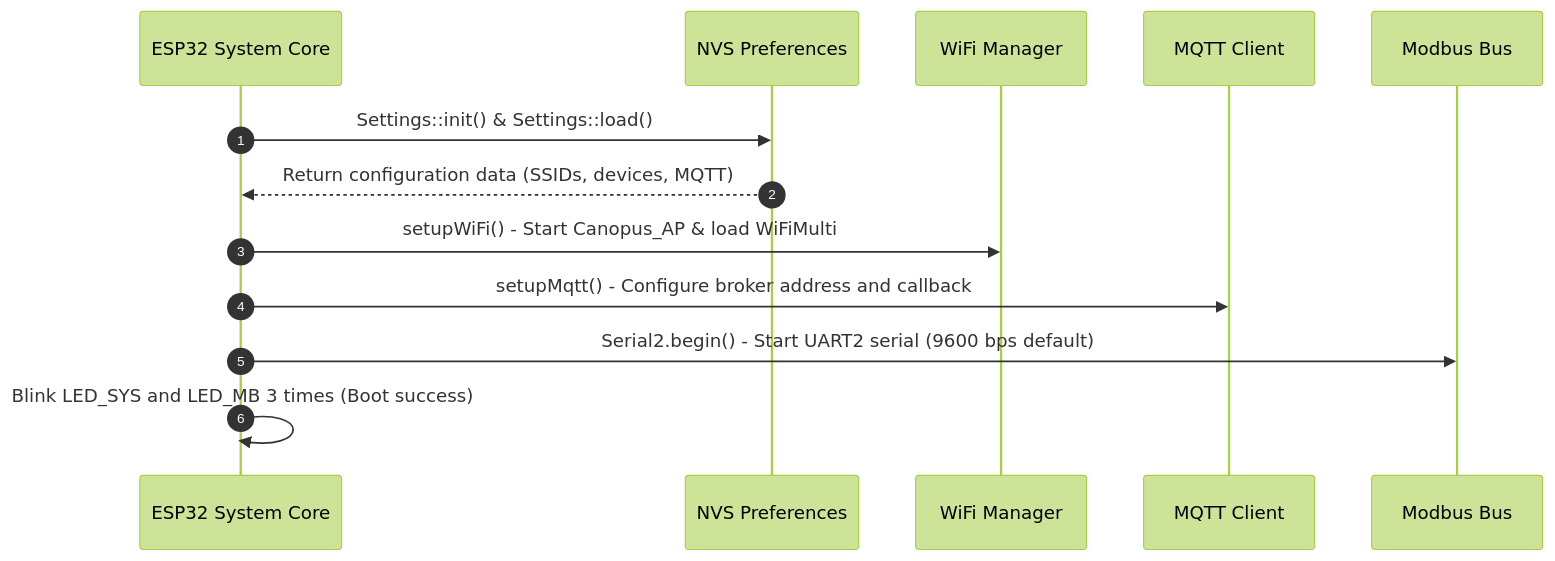
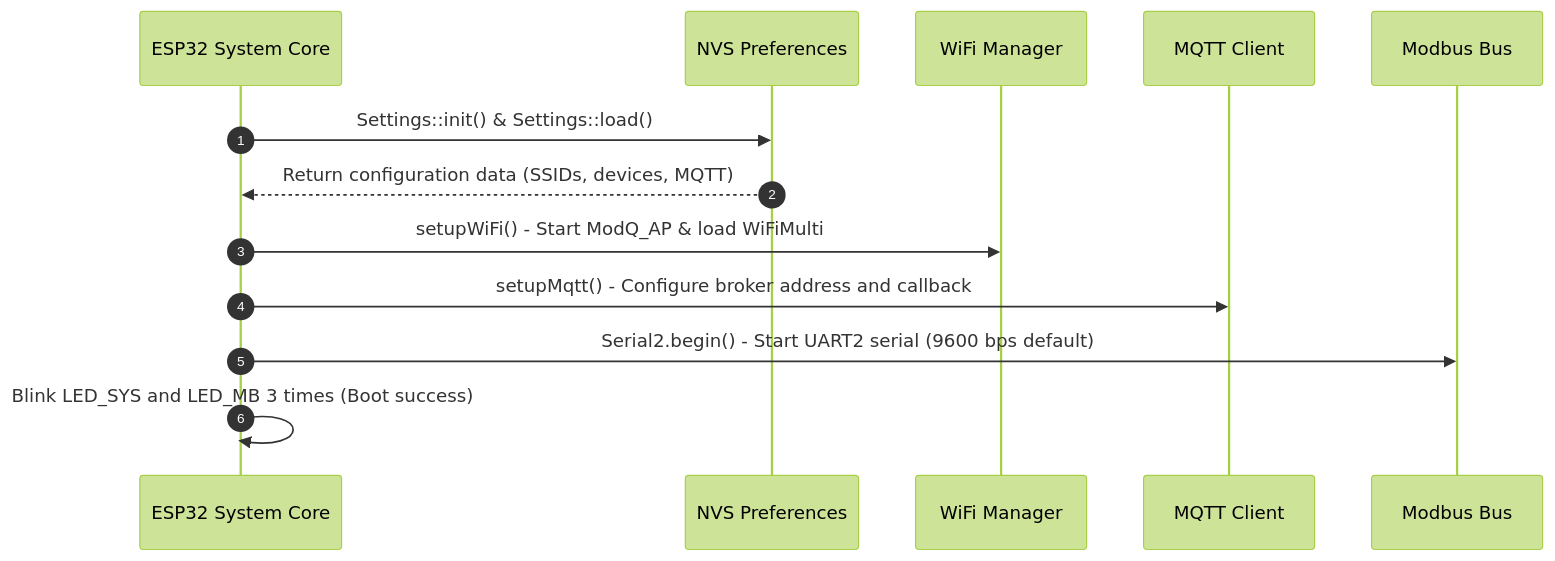
One commit to NamNamIoT/ModQ changed the second of 5 diagrams in Canopus_ModbusApp/SYSTEM_DESIGN.md. Above: the diagram before and after it, drawn with Mermaid (forest theme). The commit also changed other lines of this file and 10 other files, not shown here.

Commit message:
Rename project from Canopus to ModQ

````diff
--- a/Canopus_ModbusApp/SYSTEM_DESIGN.md
+++ b/Canopus_ModbusApp/SYSTEM_DESIGN.md
@@ -61,16 +61,16 @@
 ```mermaid
 sequenceDiagram
     autonumber
     participant ESP as ESP32 System Core
     participant NVS as NVS Preferences
     participant Net as WiFi Manager
     participant MQ as MQTT Client
     participant MB as Modbus Bus
     
     ESP->>NVS: Settings::init() & Settings::load()
     NVS-->>ESP: Return configuration data (SSIDs, devices, MQTT)
-    ESP->>Net: setupWiFi() - Start Canopus_AP & load WiFiMulti
+    ESP->>Net: setupWiFi() - Start ModQ_AP & load WiFiMulti
     ESP->>MQ: setupMqtt() - Configure broker address and callback
     ESP->>MB: Serial2.begin() - Start UART2 serial (9600 bps default)
     ESP->>ESP: Blink LED_SYS and LED_MB 3 times (Boot success)
 ```
````
